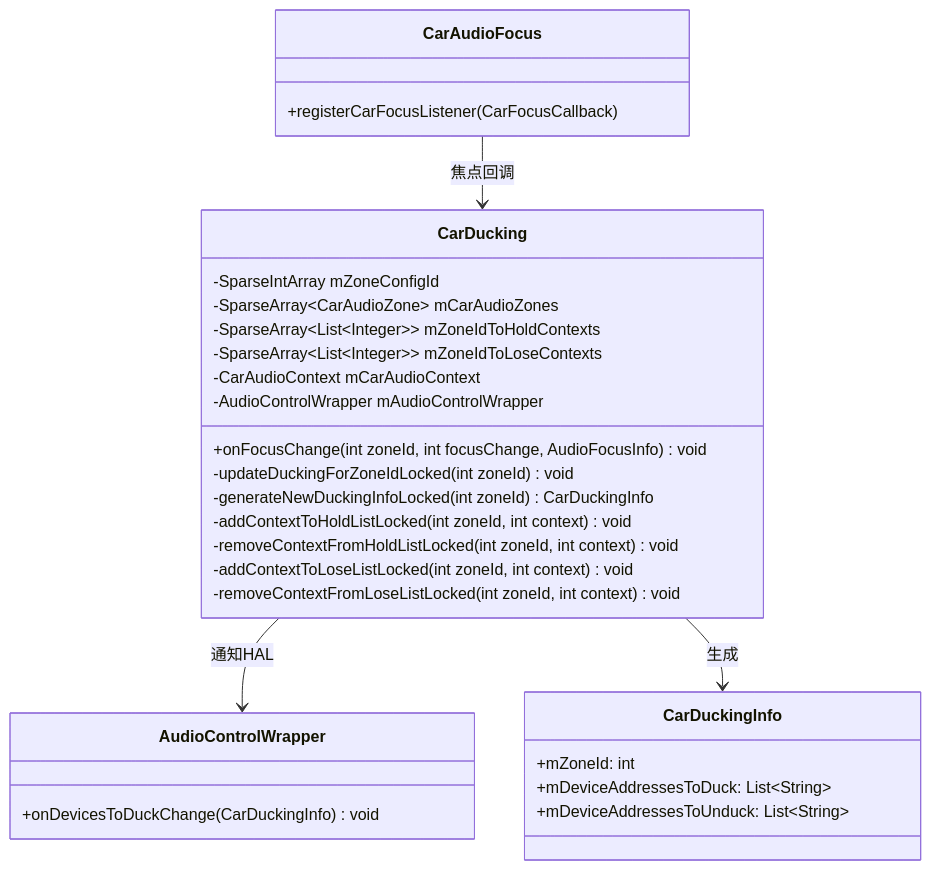
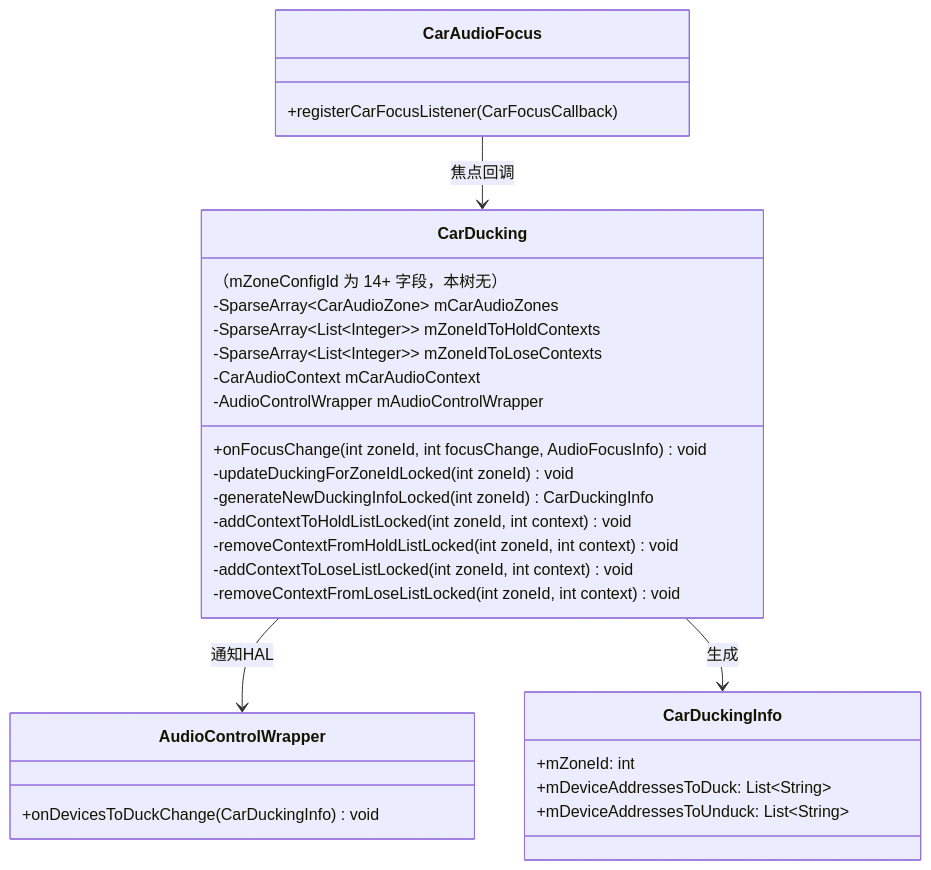
One commit to yanglinzhen1022/SA8295_AAOS_QNX_Audio_KnowledgeBase changed the first of 4 diagrams in 09_AAOS_Car_Audio/09_9.14_CarDucking-AAOS系统级Ducking.md. Above: the diagram before and after it, drawn with Mermaid. The commit also changed other lines of this file and 58 other files, not shown here.

````diff
--- a/09_AAOS_Car_Audio/09_9.14_CarDucking-AAOS系统级Ducking.md
+++ b/09_AAOS_Car_Audio/09_9.14_CarDucking-AAOS系统级Ducking.md
@@ -19,32 +19,32 @@
 ```mermaid
 classDiagram
     class CarDucking {
-        -SparseIntArray mZoneConfigId
+        （mZoneConfigId 为 14+ 字段，本树无）
         -SparseArray~CarAudioZone~ mCarAudioZones
         -SparseArray~List~Integer~~ mZoneIdToHoldContexts
         -SparseArray~List~Integer~~ mZoneIdToLoseContexts
         -CarAudioContext mCarAudioContext
         -AudioControlWrapper mAudioControlWrapper
         +onFocusChange(int zoneId, int focusChange, AudioFocusInfo) void
         -updateDuckingForZoneIdLocked(int zoneId) void
         -generateNewDuckingInfoLocked(int zoneId) CarDuckingInfo
         -addContextToHoldListLocked(int zoneId, int context) void
         -removeContextFromHoldListLocked(int zoneId, int context) void
         -addContextToLoseListLocked(int zoneId, int context) void
         -removeContextFromLoseListLocked(int zoneId, int context) void
     }
     class CarAudioFocus {
         +registerCarFocusListener(CarFocusCallback)
     }
     class AudioControlWrapper {
         +onDevicesToDuckChange(CarDuckingInfo) void
     }
     class CarDuckingInfo {
         +mZoneId: int
         +mDeviceAddressesToDuck: List~String~
         +mDeviceAddressesToUnduck: List~String~
     }
     CarAudioFocus --> CarDucking : 焦点回调
     CarDucking --> AudioControlWrapper : 通知HAL
     CarDucking --> CarDuckingInfo : 生成
 ```
````
